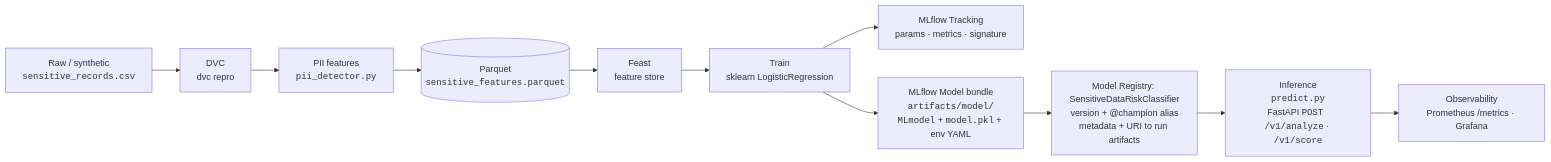
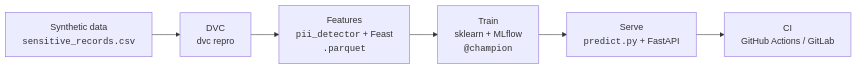
Before and after one commit to devopsdymyr/sensitive-mlops-pipeline: the diagram in docs/pipeline_overview.mmd, drawn with Mermaid. The commit also changed 6 other files, not shown here.

Commit message:
docs: README diagram + 4-step overview; enterprise CI hardening; refresh pipeline image

```diff
--- a/docs/pipeline_overview.mmd
+++ b/docs/pipeline_overview.mmd
@@ -1,14 +1,8 @@
-%% Mermaid source for the pipeline overview (render in GitHub, Mermaid Live, or VS Code).
-%% PNG export: docs/mlproject_pipeline_overview.png (regenerate when this changes).
+%% Mermaid source for README / diagram export. PNG: docs/mlproject_pipeline_overview.png
 
 flowchart LR
-  A["Raw / synthetic<br/><tt>sensitive_records.csv</tt>"] --> B["DVC<br/>dvc repro"]
-  B --> C["PII features<br/><tt>pii_detector.py</tt>"]
-  C --> D[("Parquet<br/><tt>sensitive_features.parquet</tt>")]
-  D --> E["Feast<br/>feature store"]
-  E --> F["Train<br/>sklearn LogisticRegression"]
-  F --> G["MLflow Tracking<br/>params · metrics · signature"]
-  F --> H["MLflow Model bundle<br/><tt>artifacts/model/</tt><br/><tt>MLmodel</tt> + <tt>model.pkl</tt> + env YAML"]
-  H --> I["Model Registry: SensitiveDataRiskClassifier<br/>version + @champion alias<br/>metadata + URI to run artifacts"]
-  I --> J["Inference<br/><tt>predict.py</tt><br/>FastAPI <tt>POST /v1/analyze</tt> · <tt>/v1/score</tt>"]
-  J --> K["Observability<br/>Prometheus /metrics · Grafana"]
+  A["Synthetic data<br/><tt>sensitive_records.csv</tt>"] --> B["DVC<br/>dvc repro"]
+  B --> C["Features<br/><tt>pii_detector</tt> + Feast<br/><tt>.parquet</tt>"]
+  C --> D["Train<br/>sklearn + MLflow<br/><tt>@champion</tt>"]
+  D --> E["Serve<br/><tt>predict.py</tt> + FastAPI"]
+  E --> F["CI<br/>GitHub Actions / GitLab"]
```
